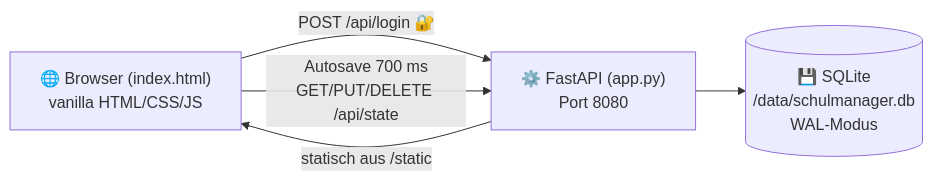
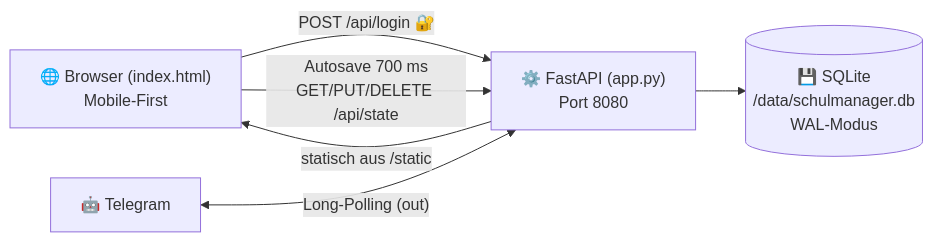
Before and after one commit to jbkunama1/trt.Schulmanager: the diagram in README.md, drawn with Mermaid. The commit also changed other lines of this file, not shown here.

Commit message:
📝 README: Telegram-Integration dokumentiert (Setup, Commands, ENV-Tabelle, Mermaid-Diagramm)

````diff
--- a/README.md
+++ b/README.md
@@ -56,7 +92,8 @@
 ```mermaid
 graph LR
-    B["🌐 Browser (index.html)<br/>vanilla HTML/CSS/JS"] -->|"POST /api/login 🔐"| A["⚙️ FastAPI (app.py)<br/>Port 8080"]
+    B["🌐 Browser (index.html)<br/>Mobile-First"] -->|"POST /api/login 🔐"| A["⚙️ FastAPI (app.py)<br/>Port 8080"]
     B -->|"Autosave 700 ms<br/>GET/PUT/DELETE /api/state"| A
     A --> S[("💾 SQLite<br/>/data/schulmanager.db<br/>WAL-Modus")]
+    T["🤖 Telegram"] <-->|"Long-Polling (out)"| A
     A -->|"statisch aus /static"| B
 ```
````
